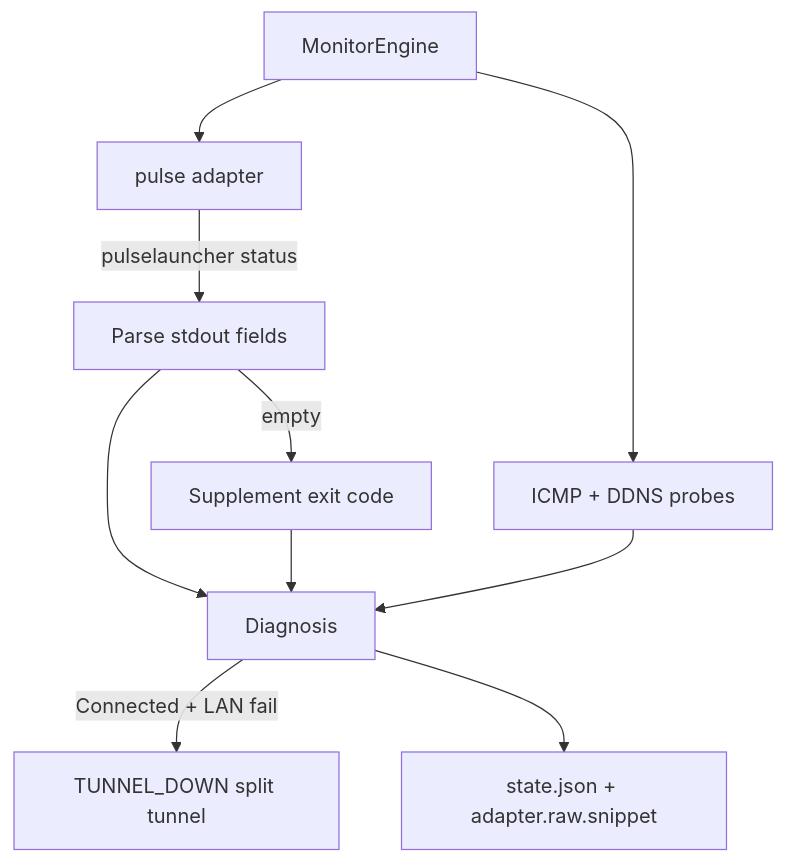
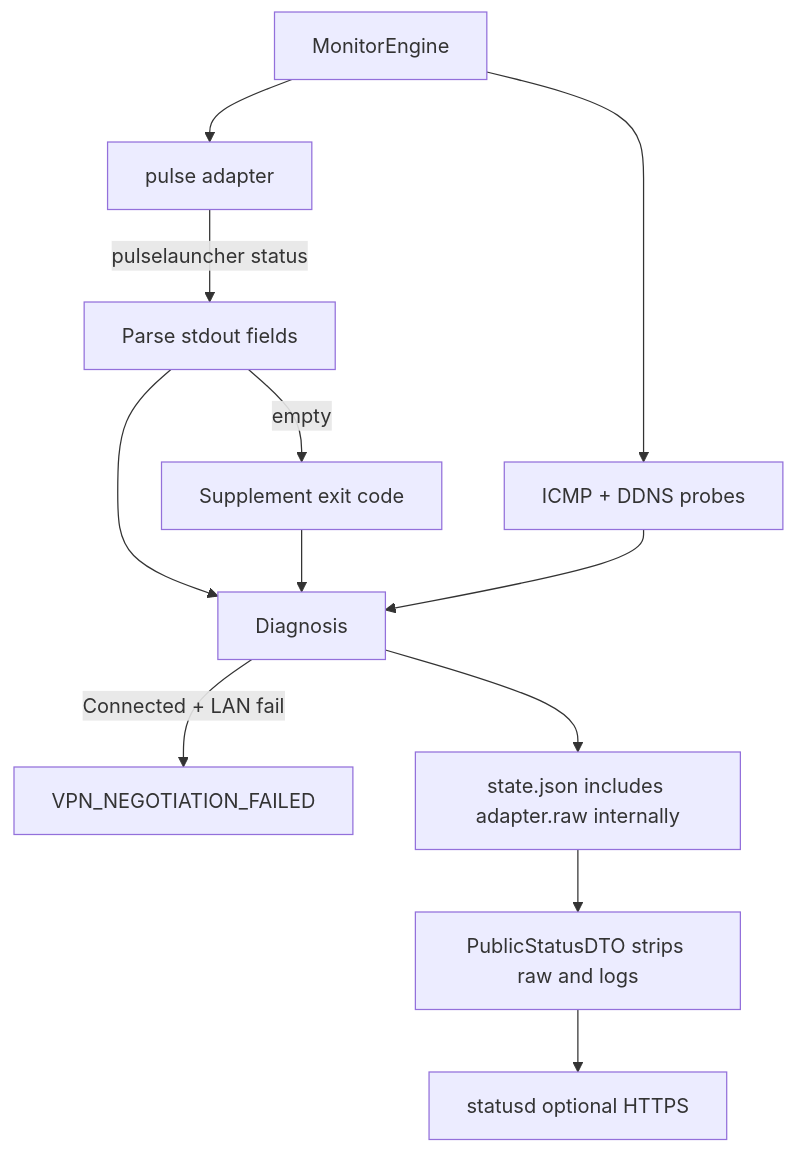
Before and after one commit to roto31/Tunnel-Monitor---Universal: the fourth of 4 diagrams in docs/vpn-solutions/pulse-ivanti.md, drawn with Mermaid. The commit also changed 63 other files, not shown here.

First line of the commit message:
Add SECURITY.md and optional uvpn-statusd portal (v1.1).

````diff
--- a/docs/vpn-solutions/pulse-ivanti.md
+++ b/docs/vpn-solutions/pulse-ivanti.md
@@ -92,12 +92,14 @@
 ```mermaid
 flowchart TB
     E[MonitorEngine] --> A[pulse adapter]
     A -->|pulselauncher status| CLI[Parse stdout fields]
     CLI -->|empty| EC[Supplement exit code]
     E --> P[ICMP + DDNS probes]
     CLI --> D[Diagnosis]
     EC --> D
     P --> D
-    D -->|Connected + LAN fail| TD[TUNNEL_DOWN split tunnel]
-    D --> ST[state.json + adapter.raw.snippet]
+    D -->|Connected + LAN fail| TD[VPN_NEGOTIATION_FAILED]
+    D --> ST[state.json includes adapter.raw internally]
+    ST --> RED[PublicStatusDTO strips raw and logs]
+    RED --> SD[statusd optional HTTPS]
 ```
````
